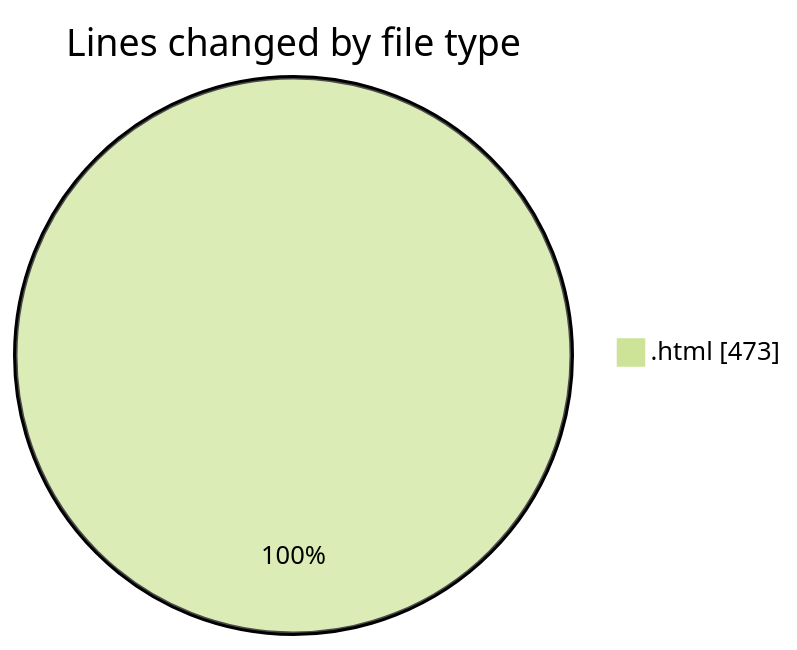
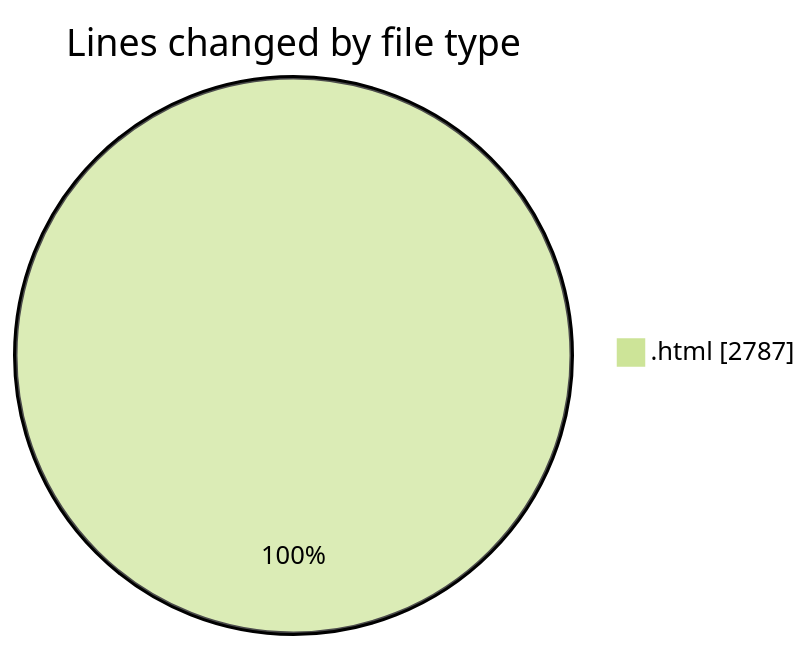
The first of 2 diagrams in 2025-05-03/realtimecollaborativeapp/README.md (Ritupan-Deka/code-tracking), drawn with Mermaid (forest theme) before and after one commit. The commit also changed other lines of this file and 1 other file, not shown here.

````diff
--- a/2025-05-03/realtimecollaborativeapp/README.md
+++ b/2025-05-03/realtimecollaborativeapp/README.md
@@ -20,5 +20,5 @@
 ```mermaid
 pie showData
 title Lines changed by file type
-".html" : 473
+".html" : 2787
 ```
````
